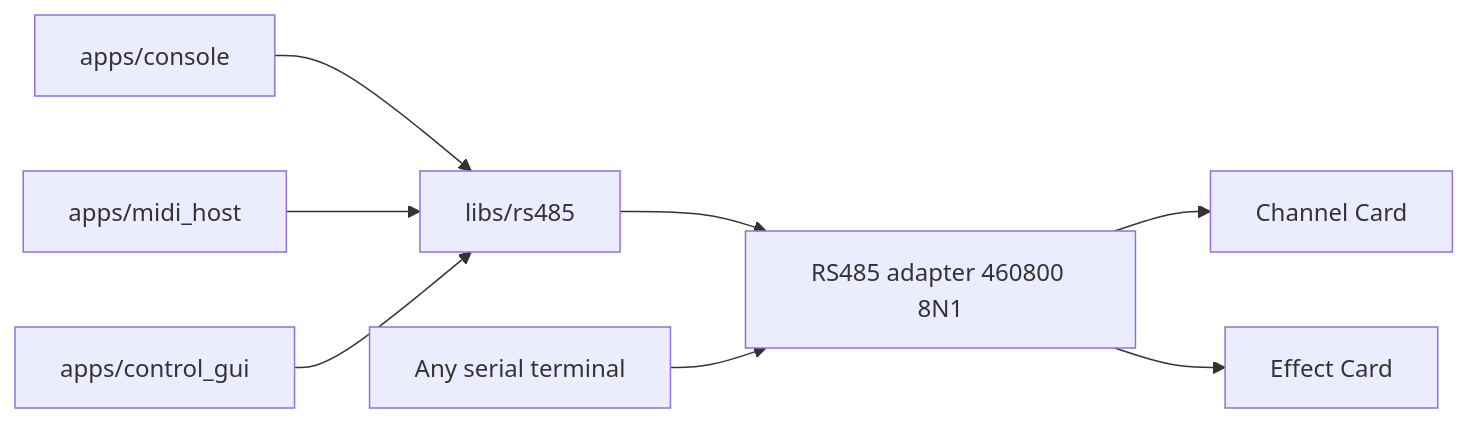
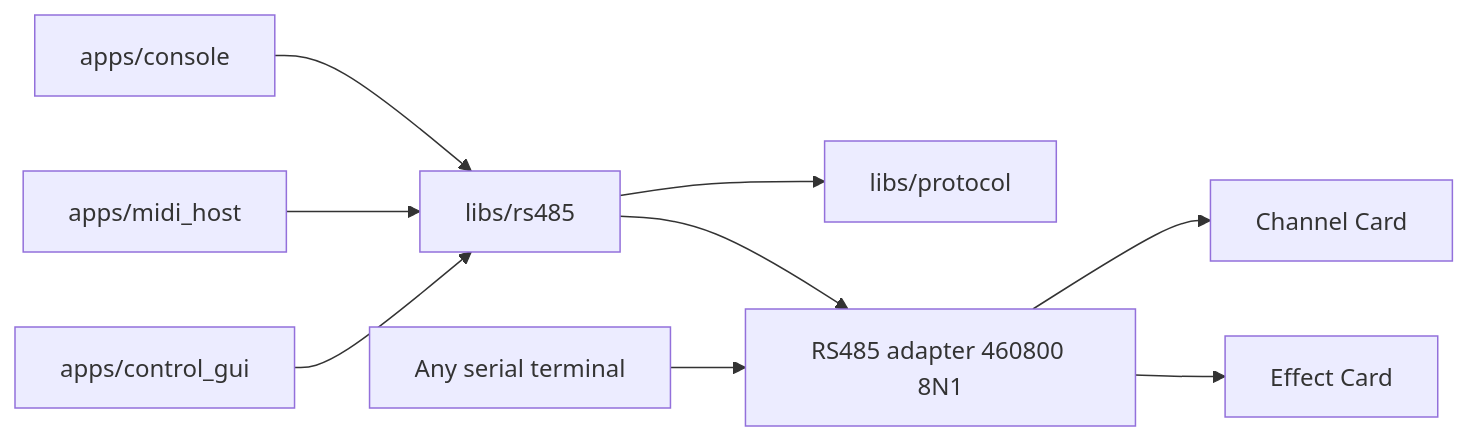
Before and after one commit to narendrabhatt-freshwater/firmware: the diagram in docs/rs485_console_architecture.md, drawn with Mermaid. The commit also changed other lines of this file and 47 other files, not shown here.

````diff
--- a/docs/rs485_console_architecture.md
+++ b/docs/rs485_console_architecture.md
@@ -21,18 +22,20 @@
 ```mermaid
 flowchart LR
   Term[Any serial terminal]
   Con[apps/console]
   Midi[apps/midi_host]
   Gui[apps/control_gui]
   Lib[libs/rs485]
+  Proto[libs/protocol]
   Bus[RS485 adapter 460800 8N1]
   CC[Channel Card]
   EC[Effect Card]
   Con --> Lib
   Midi --> Lib
   Gui --> Lib
+  Lib --> Proto
   Lib --> Bus
   Term --> Bus
   Bus --> CC
   Bus --> EC
 ```
````
